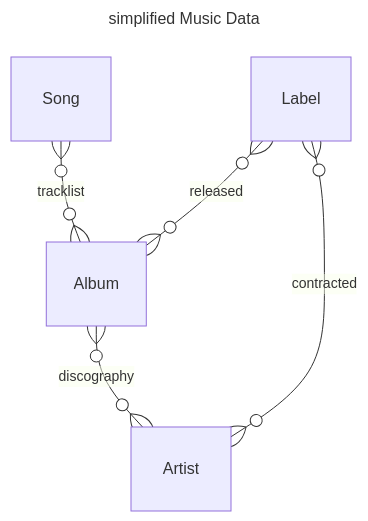
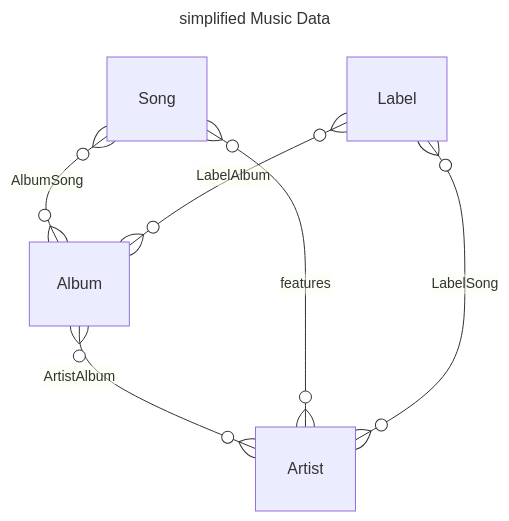
Before and after one commit to HeIIow2/music-downloader: the third of 3 diagrams in README.md, drawn with Mermaid. The commit also changed other lines of this file, not shown here.

````diff
--- a/README.md
+++ b/README.md
@@ -180,29 +181,30 @@
 ```mermaid
 ---
 title: simplified Music Data
 ---
 erDiagram
 
 Song {
 
 }
 
 Album {
 
 }
 
 Artist {
 
 }
 
 Label {
 
 }
 
-Song }o--o{ Album : tracklist
-Album }o--o{ Artist : discography
+Song }o--o{ Album : AlbumSong
+Album }o--o{ Artist : ArtistAlbum
+Song }o--o{ Artist : features
 
-Label }o--o{ Album : released
-Label }o--o{ Artist : contracted
+Label }o--o{ Album : LabelAlbum
+Label }o--o{ Artist : LabelSong
 
 ```
````
